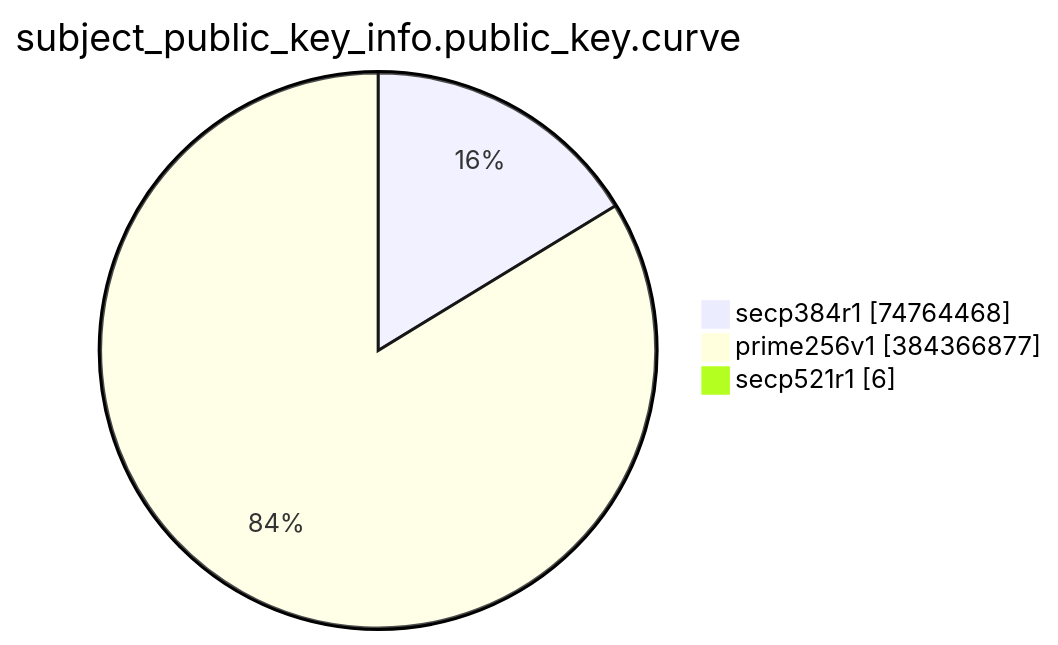
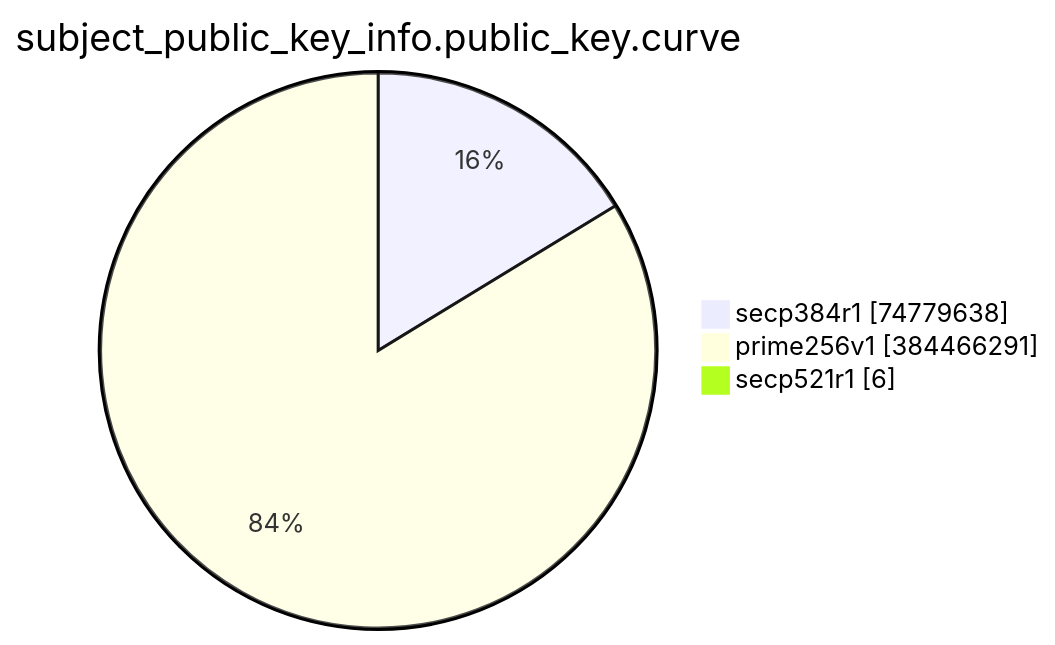
Before and after one commit to christiankrug/ctmonitor_visualization: the eighth of 15 diagrams in TOTAL/README.md, drawn with Mermaid. The commit also changed other lines of this file, not shown here.

````diff
--- a/TOTAL/README.md
+++ b/TOTAL/README.md
@@ -3094,7 +3094,7 @@
 ```mermaid
 pie showData
 title subject_public_key_info.public_key.curve
-"secp384r1" :74764468
-"prime256v1" :384366877
+"secp384r1" :74779638
+"prime256v1" :384466291
 "secp521r1" :6
 ```
````
